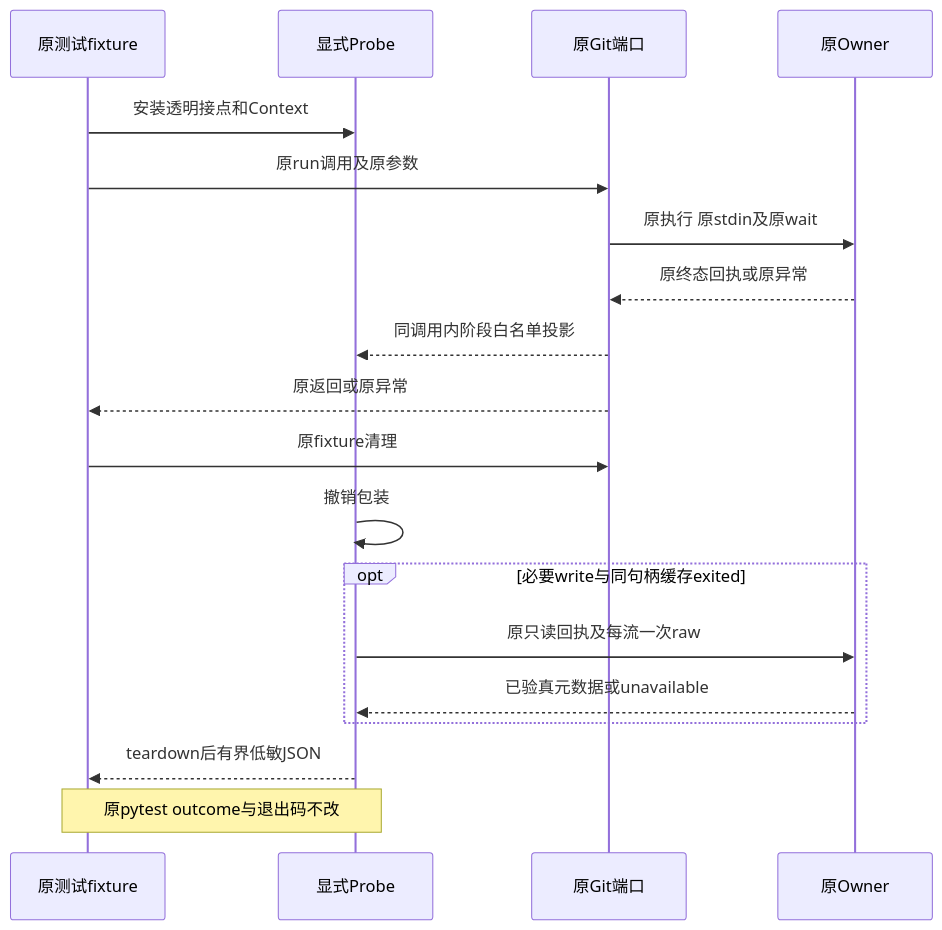
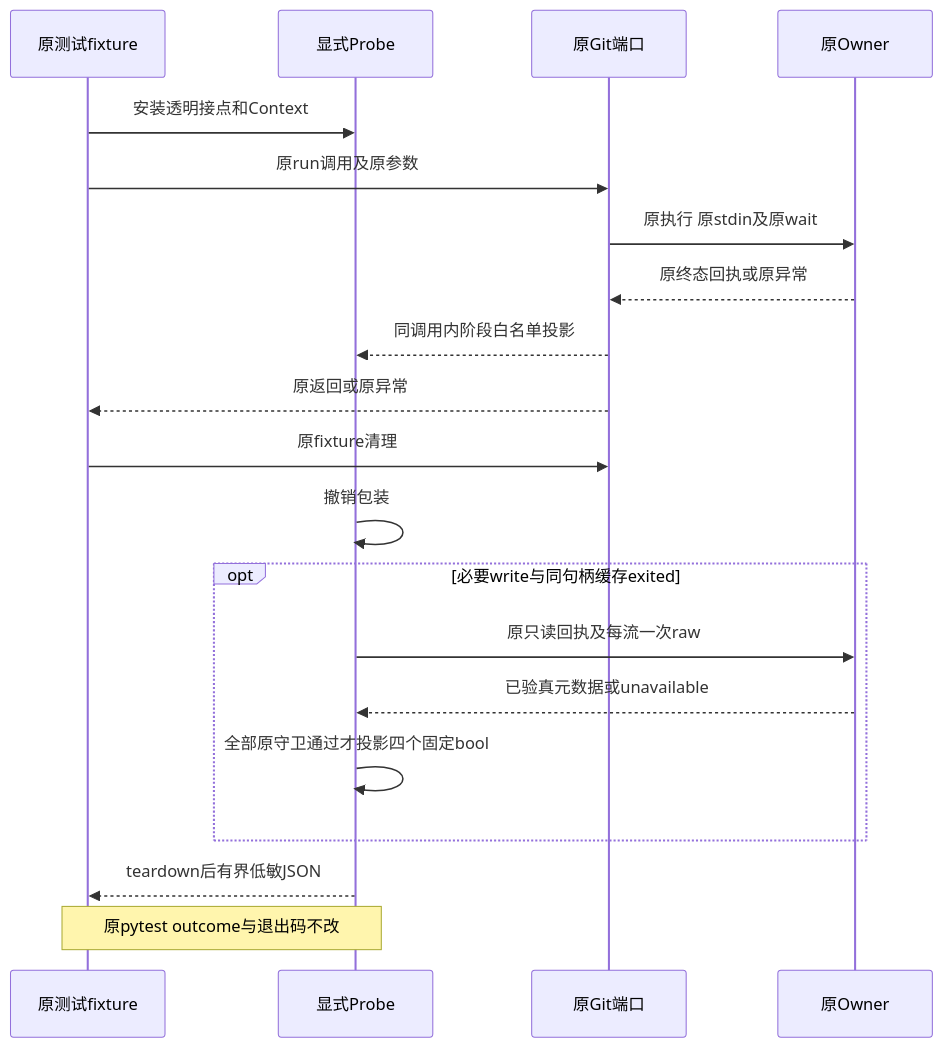
One commit to carrie1988/Harnessix changed the third of 4 diagrams in docs/changes/m09-r4-windows-minimum-commit-probe.md. Above: the diagram before and after it, drawn with Mermaid. The commit also changed other lines of this file and 17 other files, not shown here.

````diff
--- a/docs/changes/m09-r4-windows-minimum-commit-probe.md
+++ b/docs/changes/m09-r4-windows-minimum-commit-probe.md
@@ -143,21 +151,22 @@
 ```mermaid
 sequenceDiagram
   participant T as 原测试fixture
   participant P as 显式Probe
   participant G as 原Git端口
   participant O as 原Owner
   T->>P: 安装透明接点和Context
   T->>G: 原run调用及原参数
   G->>O: 原执行 原stdin及原wait
   O-->>G: 原终态回执或原异常
   G-->>P: 同调用内阶段白名单投影
   G-->>T: 原返回或原异常
   T->>G: 原fixture清理
   P->>P: 撤销包装
   opt 必要write与同句柄缓存exited
     P->>O: 原只读回执及每流一次raw
     O-->>P: 已验真元数据或unavailable
+    P->>P: 全部原守卫通过才投影四个固定bool
   end
   P-->>T: teardown后有界低敏JSON
   Note over T,P: 原pytest outcome与退出码不改
 ```
````
